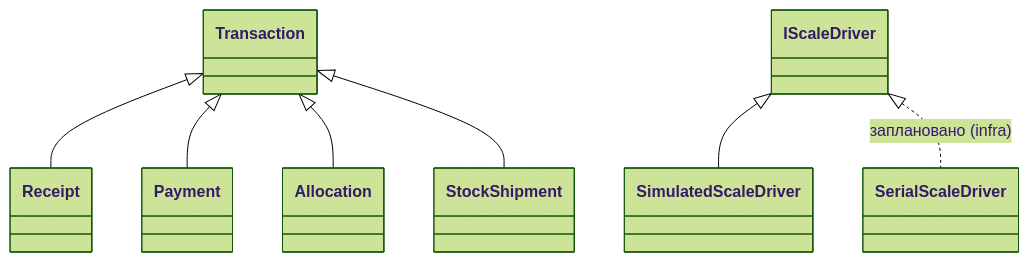
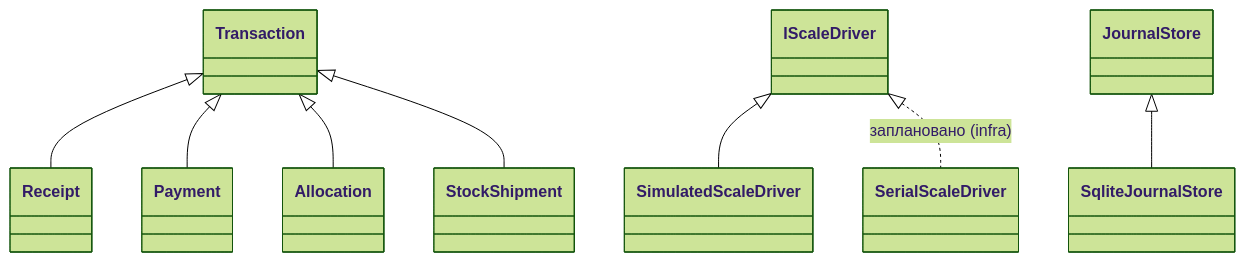
Before and after one commit to IsNazarii/Berry-WMS-Terminal: the diagram in docs/course_mapping.md, drawn with Mermaid (forest theme). The commit also changed other lines of this file and 11 other files, not shown here.

First line of the commit message:
Infra: versioned schema and SQLite journal store

````diff
--- a/docs/course_mapping.md
+++ b/docs/course_mapping.md
@@ -37,9 +38,10 @@
 ```mermaid
 classDiagram
     Transaction <|-- Receipt
     Transaction <|-- Payment
     Transaction <|-- Allocation
     Transaction <|-- StockShipment
     IScaleDriver <|-- SimulatedScaleDriver
     IScaleDriver <|.. SerialScaleDriver : заплановано (infra)
+    JournalStore <|-- SqliteJournalStore
 ```
````
